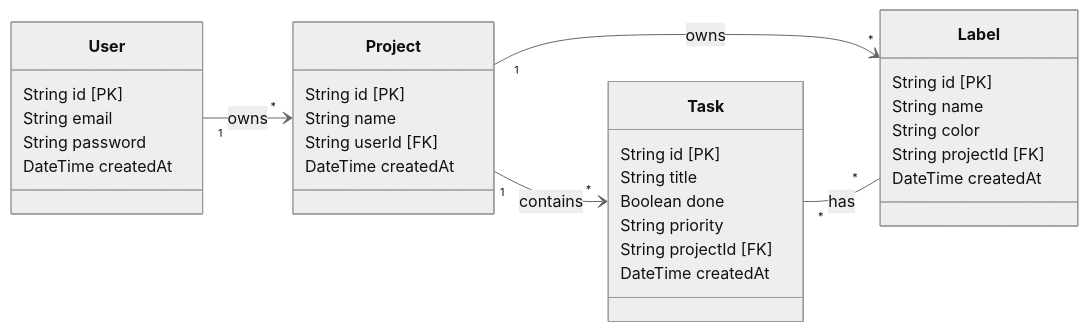
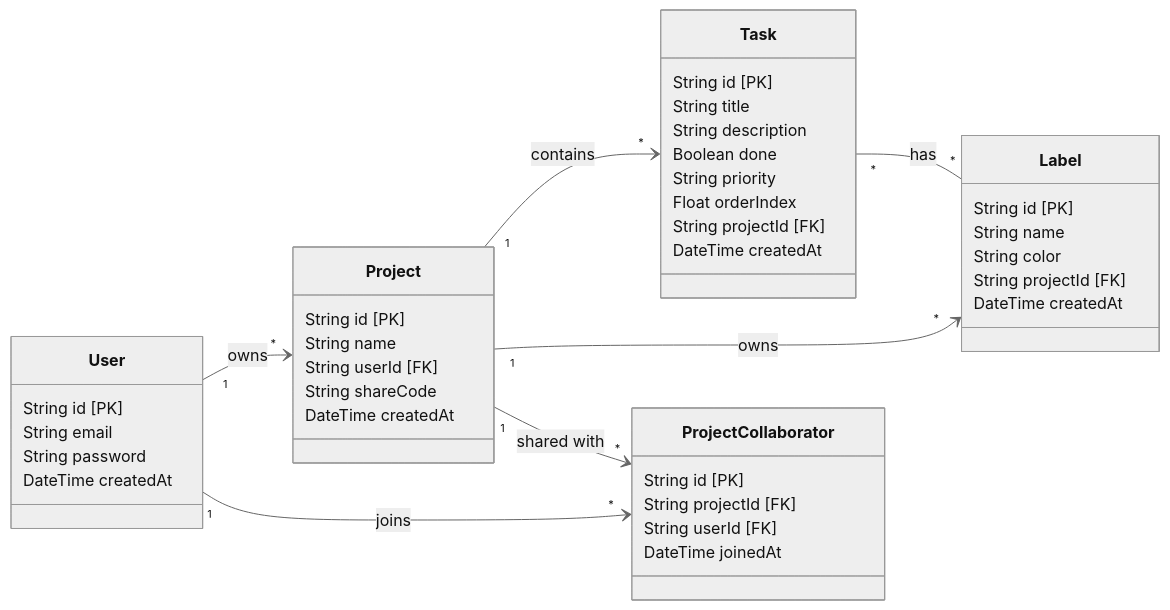
The diagram in README.md (JustTom04/Task-manager), drawn with Mermaid (neutral theme) before and after one commit. The commit also changed other lines of this file and 4 other files, not shown here.

First line of the commit message:
docs: update README with new features & clearer architecture

````diff
--- a/README.md
+++ b/README.md
@@ -153,40 +164,52 @@
 ```mermaid
 classDiagram
     direction LR
 
     class User {
         String id [PK]
         String email
         String password
         DateTime createdAt
     }
 
     class Project {
         String id [PK]
         String name
         String userId [FK]
+        String shareCode
         DateTime createdAt
     }
     
     class Task {
         String id [PK]
         String title
+        String description
         Boolean done
         String priority
+        Float orderIndex
         String projectId [FK]
         DateTime createdAt
     }
     
     class Label {
         String id [PK]
         String name
         String color
         String projectId [FK]
         DateTime createdAt
     }
 
     User "1" --> "*" Project : owns
     Project "1" --> "*" Task : contains
     Project "1" --> "*" Label : owns
     Task "*" -- "*" Label : has
+
+    class ProjectCollaborator {
+        String id [PK]
+        String projectId [FK]
+        String userId [FK]
+        DateTime joinedAt
+    }
+    User "1" --> "*" ProjectCollaborator : joins
+    Project "1" --> "*" ProjectCollaborator : shared with
 ```
````
